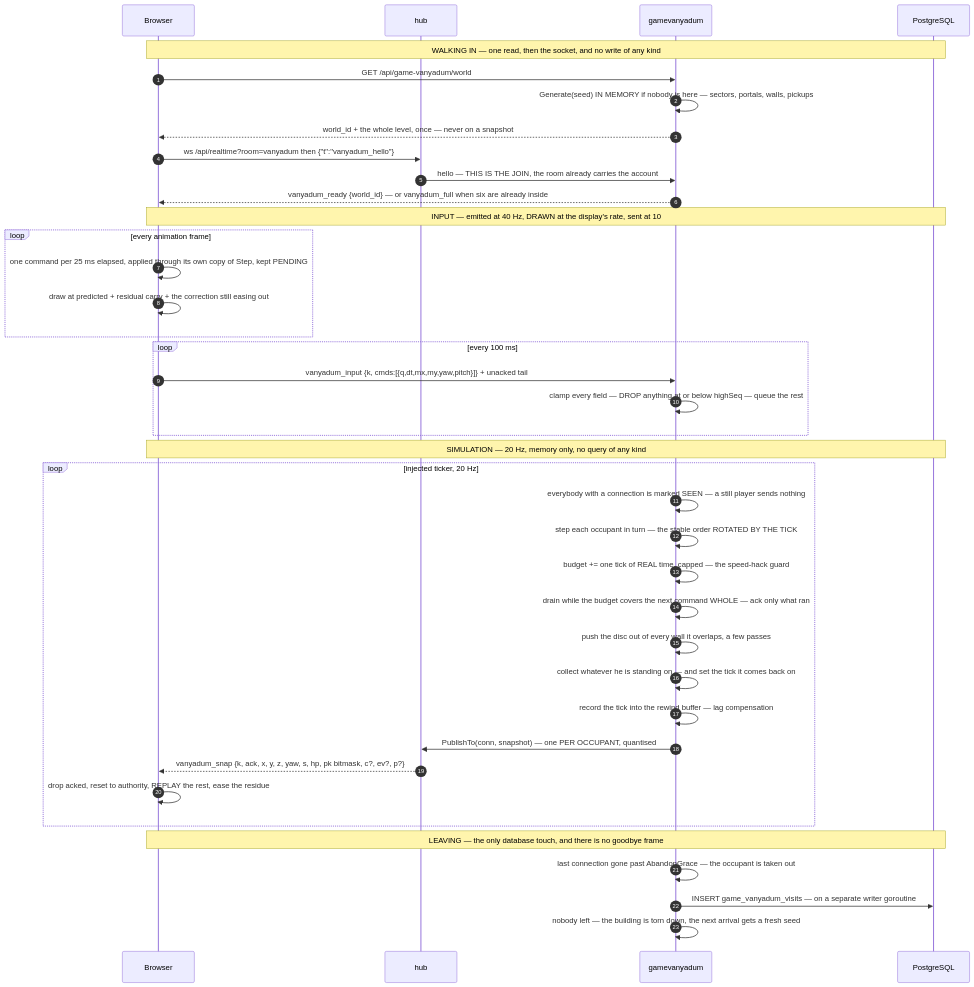
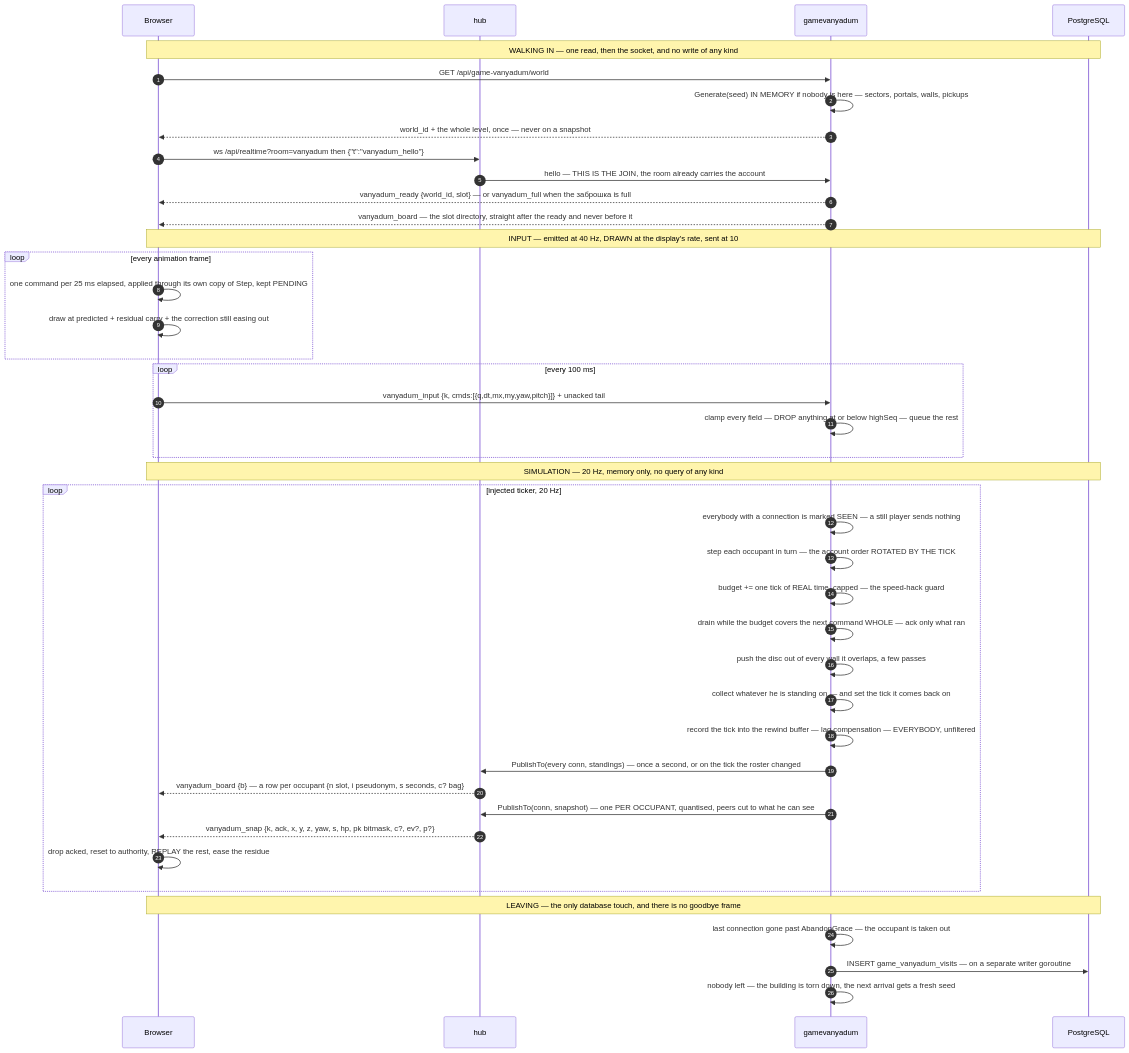
One commit to SergeyZSpb/psycho-space changed the eighth of 13 diagrams in docs/ARCHITECTURE.md. Above: the diagram before and after it, drawn with Mermaid. The commit also changed other lines of this file and 24 other files, not shown here.

````diff
--- a/docs/ARCHITECTURE.md
+++ b/docs/ARCHITECTURE.md
@@ -321,45 +321,48 @@
 ```mermaid
 sequenceDiagram
     autonumber
     participant B as Browser
     participant H as hub
     participant G as gamevanyadum
     participant P as PostgreSQL
 
     Note over B,P: WALKING IN — one read, then the socket, and no write of any kind
     B->>G: GET /api/game-vanyadum/world
     G->>G: Generate(seed) IN MEMORY if nobody is here — sectors, portals, walls, pickups
     G-->>B: world_id + the whole level, once — never on a snapshot
     B->>H: ws /api/realtime?room=vanyadum then {"t":"vanyadum_hello"}
     H->>G: hello — THIS IS THE JOIN, the room already carries the account
-    G-->>B: vanyadum_ready {world_id} — or vanyadum_full when six are already inside
+    G-->>B: vanyadum_ready {world_id, slot} — or vanyadum_full when the заброшка is full
+    G-->>B: vanyadum_board — the slot directory, straight after the ready and never before it
 
     Note over B,P: INPUT — emitted at 40 Hz, DRAWN at the display's rate, sent at 10
     loop every animation frame
         B->>B: one command per 25 ms elapsed, applied through its own copy of Step, kept PENDING
         B->>B: draw at predicted + residual carry + the correction still easing out
     end
     loop every 100 ms
         B->>G: vanyadum_input {k, cmds:[{q,dt,mx,my,yaw,pitch}]} + unacked tail
         G->>G: clamp every field — DROP anything at or below highSeq — queue the rest
     end
 
     Note over B,P: SIMULATION — 20 Hz, memory only, no query of any kind
     loop injected ticker, 20 Hz
         G->>G: everybody with a connection is marked SEEN — a still player sends nothing
-        G->>G: step each occupant in turn — the stable order ROTATED BY THE TICK
+        G->>G: step each occupant in turn — the account order ROTATED BY THE TICK
         G->>G: budget += one tick of REAL time, capped — the speed-hack guard
         G->>G: drain while the budget covers the next command WHOLE — ack only what ran
         G->>G: push the disc out of every wall it overlaps, a few passes
         G->>G: collect whatever he is standing on — and set the tick it comes back on
-        G->>G: record the tick into the rewind buffer — lag compensation
-        G->>H: PublishTo(conn, snapshot) — one PER OCCUPANT, quantised
+        G->>G: record the tick into the rewind buffer — lag compensation — EVERYBODY, unfiltered
+        G->>H: PublishTo(every conn, standings) — once a second, or on the tick the roster changed
+        H-->>B: vanyadum_board {b} — a row per occupant {n slot, i pseudonym, s seconds, c? bag}
+        G->>H: PublishTo(conn, snapshot) — one PER OCCUPANT, quantised, peers cut to what he can see
         H-->>B: vanyadum_snap {k, ack, x, y, z, yaw, s, hp, pk bitmask, c?, ev?, p?}
         B->>B: drop acked, reset to authority, REPLAY the rest, ease the residue
     end
 
     Note over B,P: LEAVING — the only database touch, and there is no goodbye frame
     G->>G: last connection gone past AbandonGrace — the occupant is taken out
     G->>P: INSERT game_vanyadum_visits — on a separate writer goroutine
     G->>G: nobody left — the building is torn down, the next arrival gets a fresh seed
 ```
````
